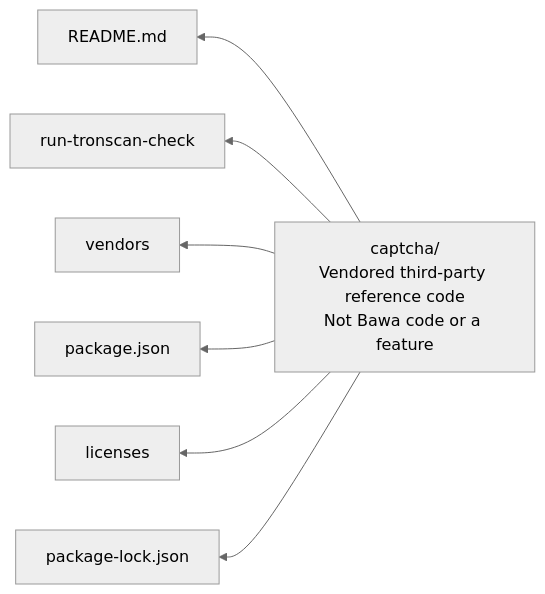
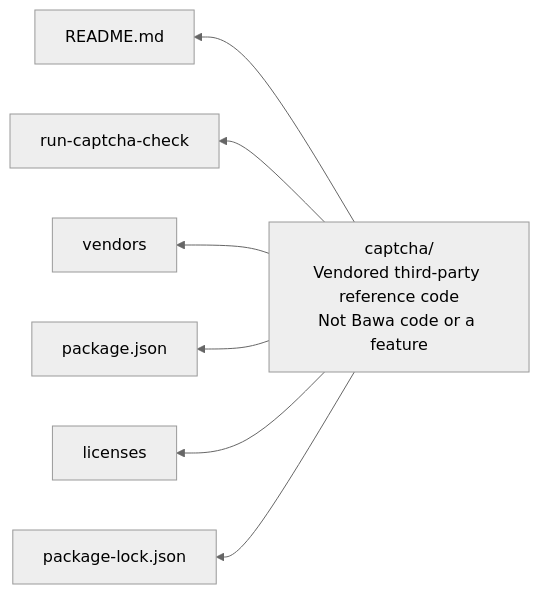
Before and after one commit to Pr3eve6ti2o/bawa: the diagram in docs/diagrams/captcha.mmd, drawn with Mermaid (neutral theme). The commit also changed 2 other files, not shown here.

Commit message:
Captcha README fully generalised; captcha diagram updated (doc-only)

```diff
--- a/docs/diagrams/captcha.mmd
+++ b/docs/diagrams/captcha.mmd
@@ -1,11 +1,11 @@
 flowchart RL
-  accTitle: Bawa main structure at commit 667527e - captcha/
-  accDescr: Layout verified at commit 667527e. captcha is vendored third-party reference code, not Bawa code or a feature.
+  accTitle: Bawa main structure - captcha/
+  accDescr: captcha is a general captcha challenge-solving toolkit (vendored third-party reference code), not Bawa code or a feature.
 
   captcha["captcha/<br/>Vendored third-party reference code<br/>Not Bawa code or a feature"]
   captcha --> c1["README.md"]
-  captcha --> c2["run-tronscan-check"]
+  captcha --> c2["run-captcha-check"]
   captcha --> c3["vendors"]
   captcha --> c4["package.json"]
   captcha --> c5["licenses"]
   captcha --> c6["package-lock.json"]
```
